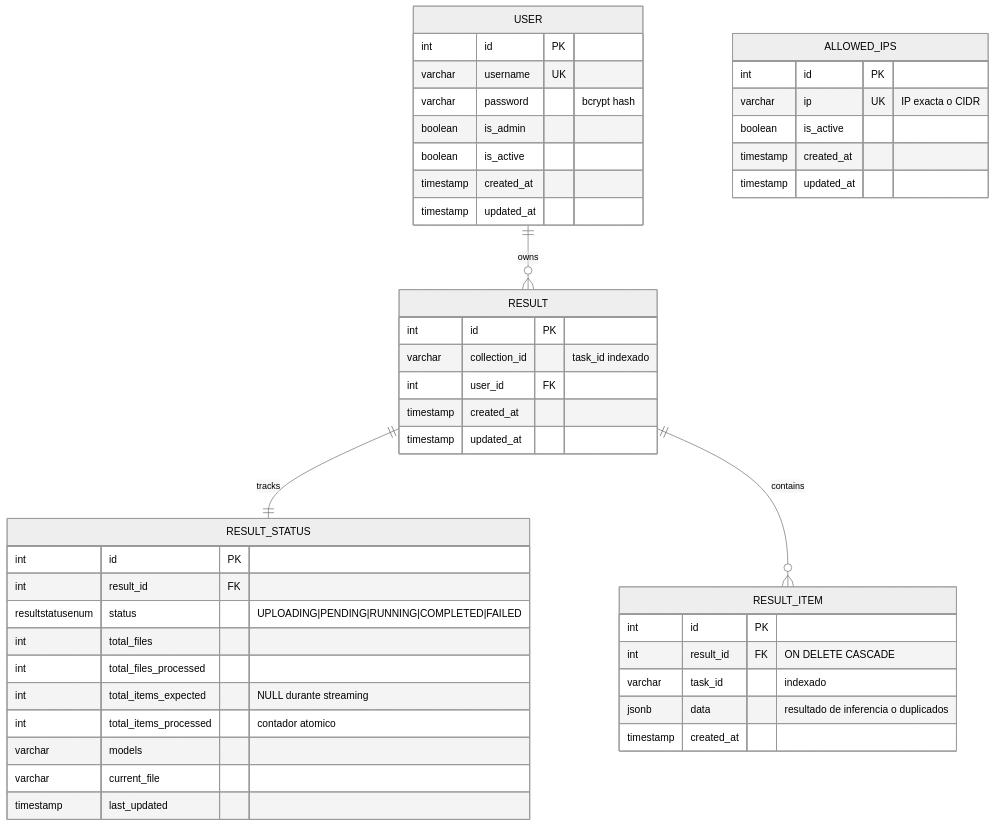
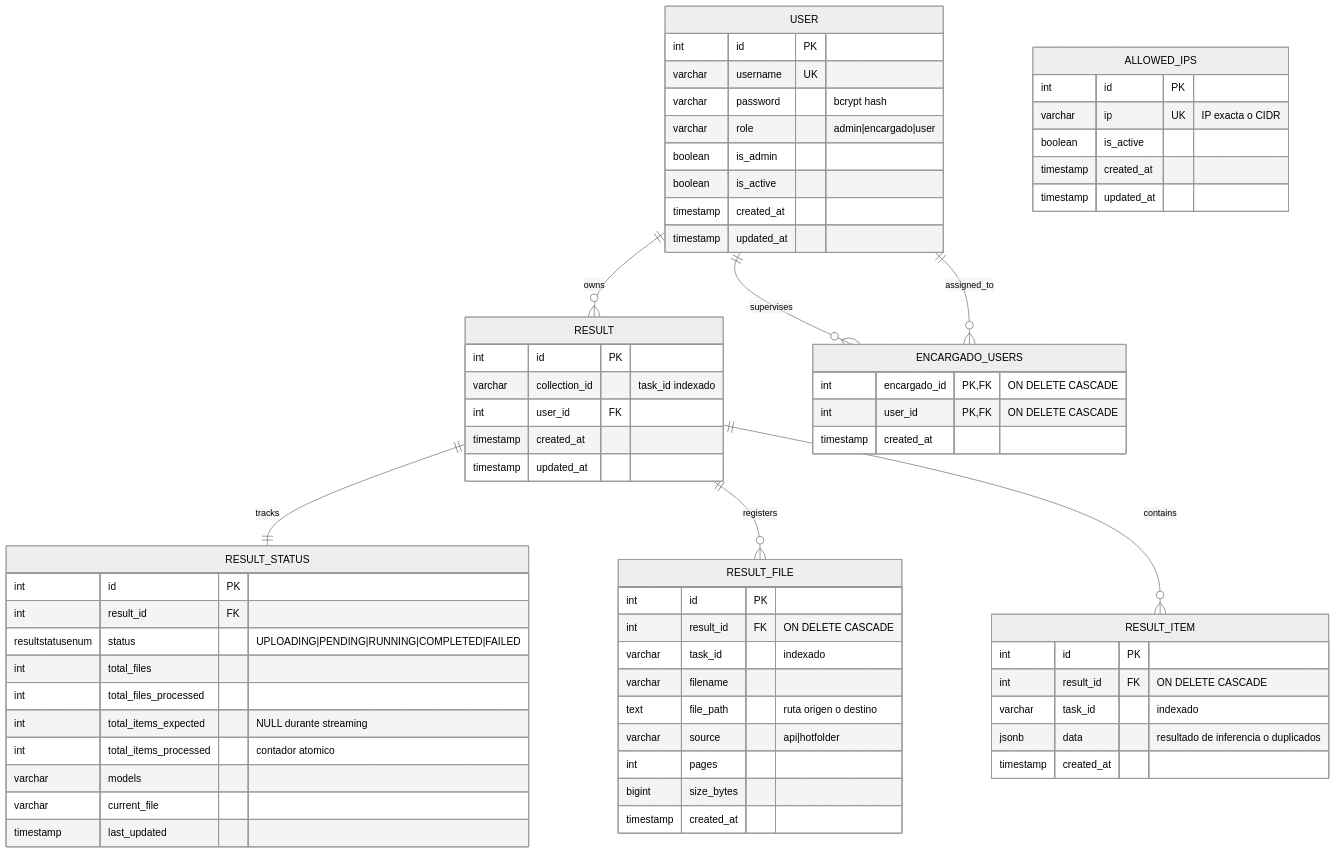
The diagram in docs/api/er-model.mmd (builker-col/DESD-API-Rest), drawn with Mermaid (neutral theme) before and after one commit. The commit also changed 16 other files, not shown here.

```diff
--- a/docs/api/er-model.mmd
+++ b/docs/api/er-model.mmd
@@ -1,51 +1,73 @@
 erDiagram
   USER ||--o{ RESULT : owns
+  USER ||--o{ ENCARGADO_USERS : supervises
+  USER ||--o{ ENCARGADO_USERS : assigned_to
   RESULT ||--|| RESULT_STATUS : tracks
+  RESULT ||--o{ RESULT_FILE : registers
   RESULT ||--o{ RESULT_ITEM : contains
 
   USER {
     int id PK
     varchar username UK
     varchar password "bcrypt hash"
+    varchar role "admin|encargado|user"
     boolean is_admin
     boolean is_active
     timestamp created_at
     timestamp updated_at
+  }
+
+  ENCARGADO_USERS {
+    int encargado_id PK,FK "ON DELETE CASCADE"
+    int user_id PK,FK "ON DELETE CASCADE"
+    timestamp created_at
   }
 
   ALLOWED_IPS {
     int id PK
     varchar ip UK "IP exacta o CIDR"
     boolean is_active
     timestamp created_at
     timestamp updated_at
   }
 
   RESULT {
     int id PK
     varchar collection_id "task_id indexado"
     int user_id FK
     timestamp created_at
     timestamp updated_at
   }
 
   RESULT_STATUS {
     int id PK
     int result_id FK
     resultstatusenum status "UPLOADING|PENDING|RUNNING|COMPLETED|FAILED"
     int total_files
     int total_files_processed
     int total_items_expected "NULL durante streaming"
     int total_items_processed "contador atomico"
     varchar models
     varchar current_file
     timestamp last_updated
   }
 
+  RESULT_FILE {
+    int id PK
+    int result_id FK "ON DELETE CASCADE"
+    varchar task_id "indexado"
+    varchar filename
+    text file_path "ruta origen o destino"
+    varchar source "api|hotfolder"
+    int pages
+    bigint size_bytes
+    timestamp created_at
+  }
+
   RESULT_ITEM {
     int id PK
     int result_id FK "ON DELETE CASCADE"
     varchar task_id "indexado"
     jsonb data "resultado de inferencia o duplicados"
     timestamp created_at
   }
```
